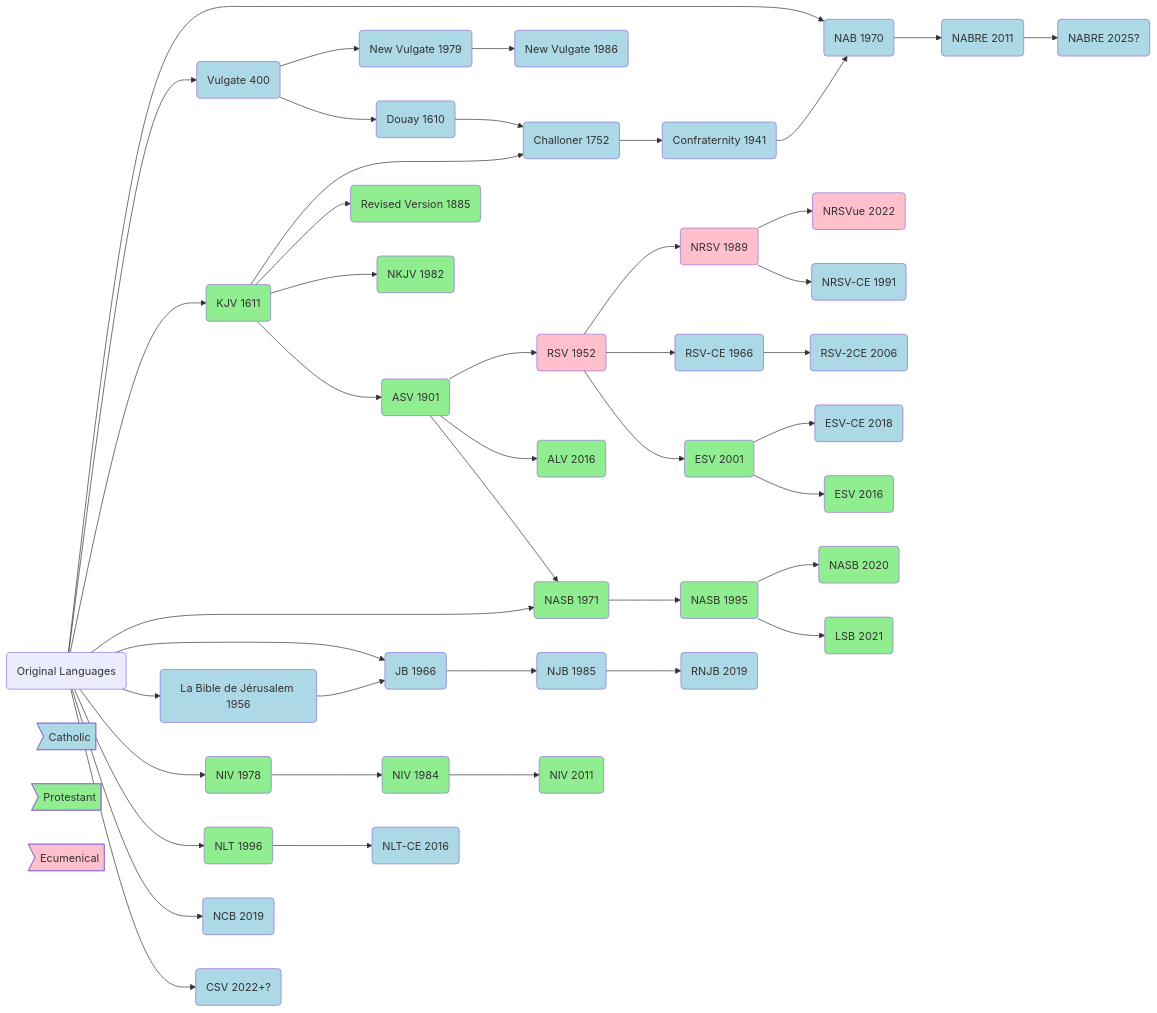
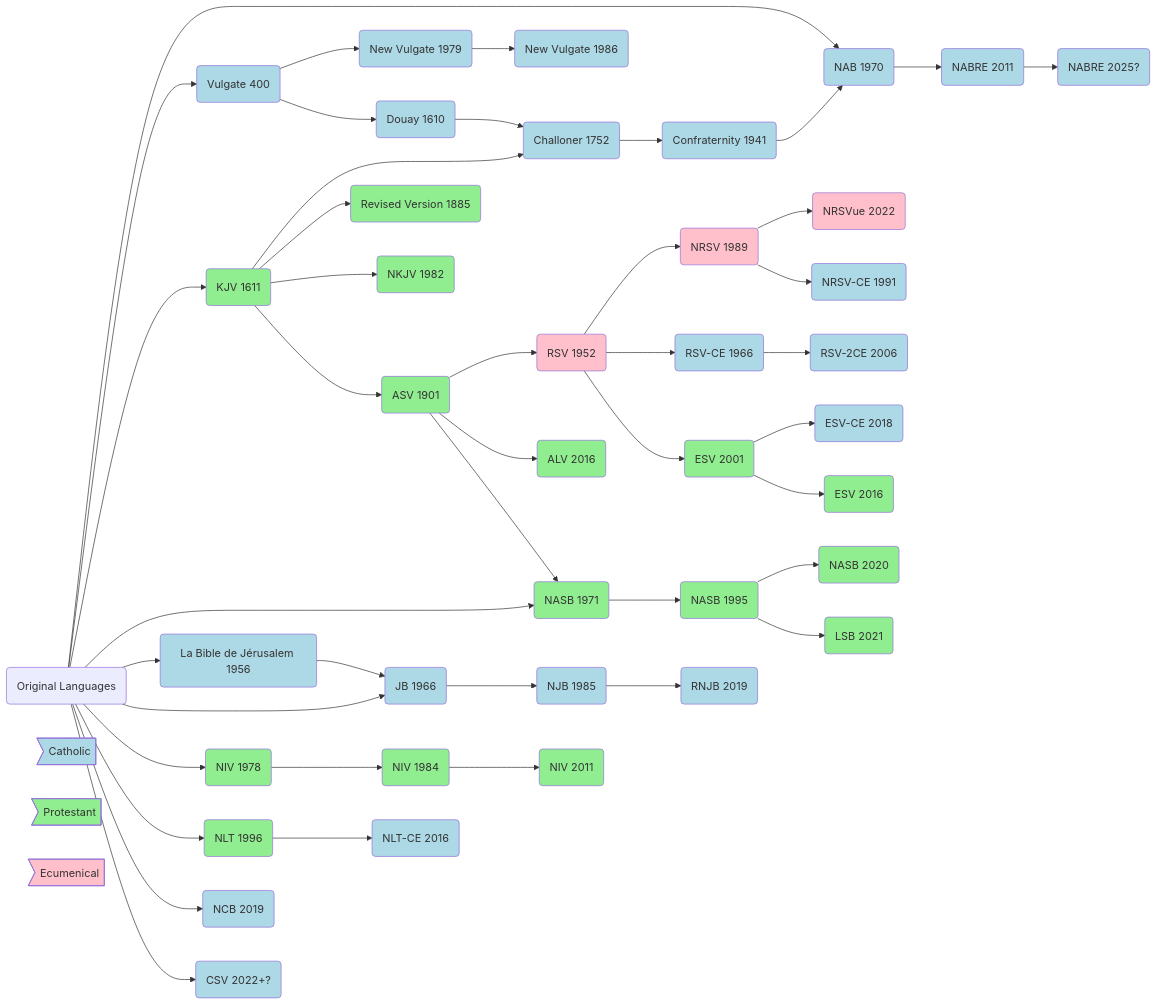
Before and after one commit to mkudija/mkudija.github.io: the diagram in notes/_md/Bible Translation Chart.md, drawn with Mermaid. The commit also changed other lines of this file and 3 other files, not shown here.

```diff
--- a/notes/_md/Bible Translation Chart.md
+++ b/notes/_md/Bible Translation Chart.md
@@ -86,8 +86,8 @@
 na --> nas:::pt
 nas --> nasb:::pt
 nas --> lsb:::pt
+orig --> lbj:::ct
 orig --> jb:::ct
-orig --> lbj:::ct
 lbj --> jb
 jb --> njb:::ct
 njb --> rnjb:::ct
```
